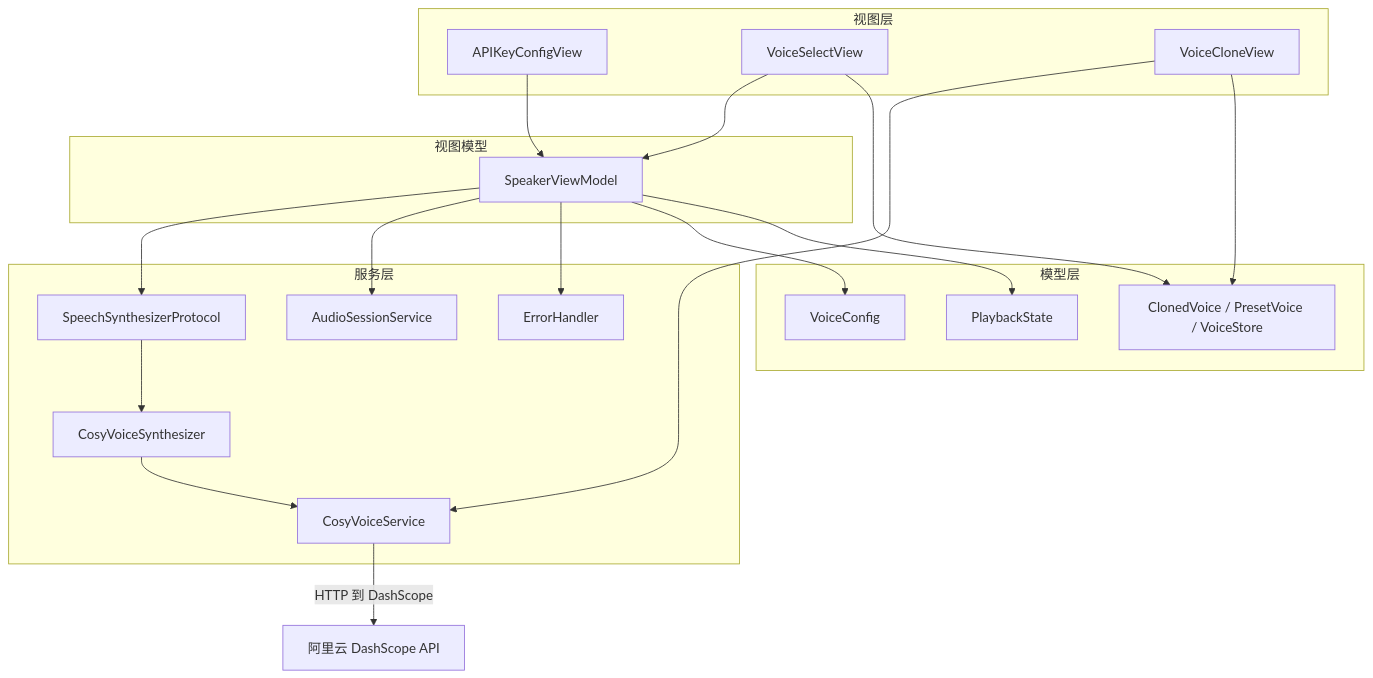
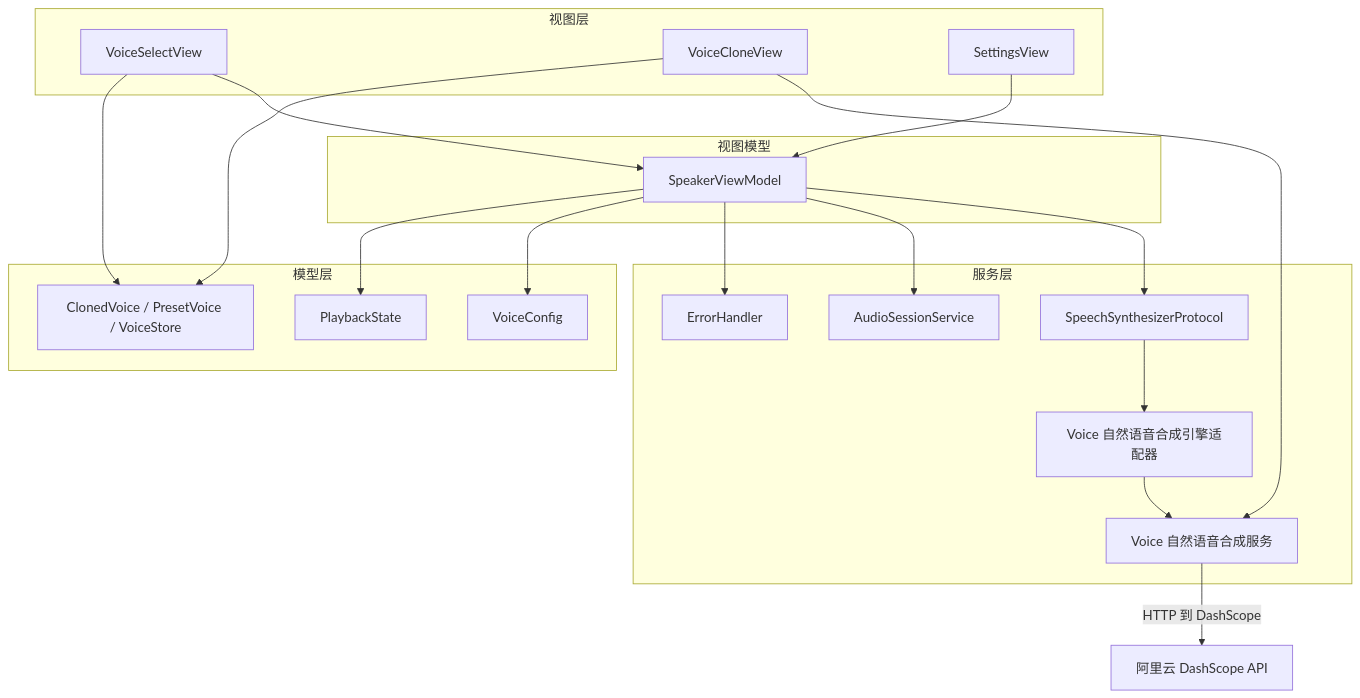
Before and after one commit to Primoguo/Knowledge: the first of 5 diagrams in .qoder/repowiki/zh/content/架构设计/服务层设计/AI 语音合成服务.md, drawn with Mermaid. The commit also changed other lines of this file and 23 other files, not shown here.

Commit message:
refactor: remove CosyVoice TTS engine, keep Edge TTS + system TTS only

````diff
--- a/.qoder/repowiki/zh/content/架构设计/服务层设计/AI 语音合成服务.md
+++ b/.qoder/repowiki/zh/content/架构设计/服务层设计/AI 语音合成服务.md
@@ -47,36 +56,36 @@
 ```mermaid
 graph TB
 subgraph "视图层"
-V_API["APIKeyConfigView"]
 V_VoiceSel["VoiceSelectView"]
 V_Clone["VoiceCloneView"]
+V_Settings["SettingsView"]
 end
 subgraph "视图模型"
 VM["SpeakerViewModel"]
 end
 subgraph "服务层"
 S_SynthProto["SpeechSynthesizerProtocol"]
-S_CosySynth["CosyVoiceSynthesizer"]
-S_CosySvc["CosyVoiceService"]
+S_VoiceSynth["Voice 自然语音合成引擎适配器"]
+S_VoiceSvc["Voice 自然语音合成服务"]
 S_Audio["AudioSessionService"]
 S_Error["ErrorHandler"]
 end
 subgraph "模型层"
 M_Config["VoiceConfig"]
 M_PlayState["PlaybackState"]
 M_Clone["ClonedVoice / PresetVoice / VoiceStore"]
 end
-V_API --> VM
 V_VoiceSel --> VM
-V_Clone --> S_CosySvc
+V_Clone --> S_VoiceSvc
+V_Settings --> VM
 VM --> S_SynthProto
 VM --> S_Audio
 VM --> S_Error
-S_SynthProto --> S_CosySynth
-S_CosySynth --> S_CosySvc
-S_CosySvc --> |"HTTP 到 DashScope"| DashScope["阿里云 DashScope API"]
+S_SynthProto --> S_VoiceSynth
+S_VoiceSynth --> S_VoiceSvc
+S_VoiceSvc --> |"HTTP 到 DashScope"| DashScope["阿里云 DashScope API"]
 VM --> M_Config
 VM --> M_PlayState
 V_VoiceSel --> M_Clone
 V_Clone --> M_Clone
 ```
````
